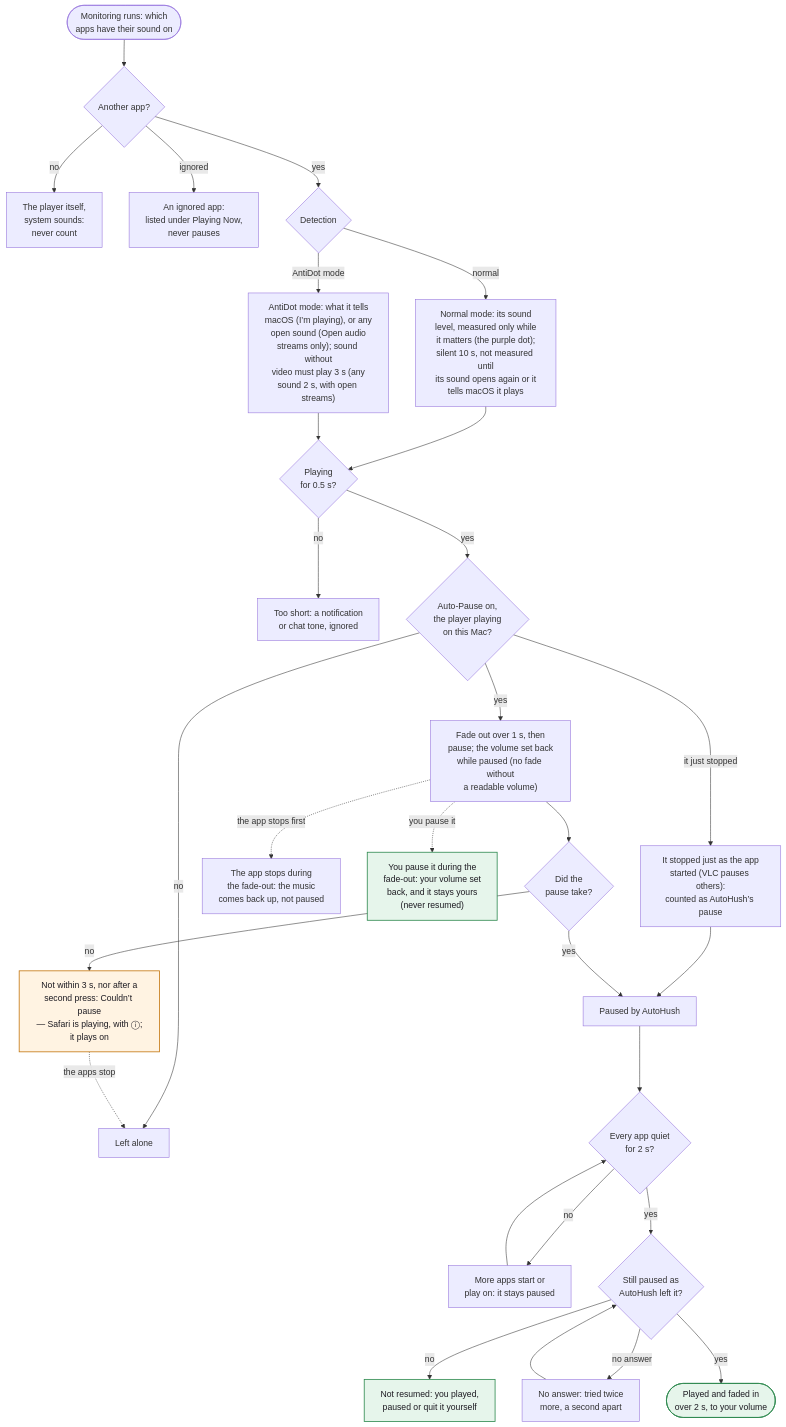
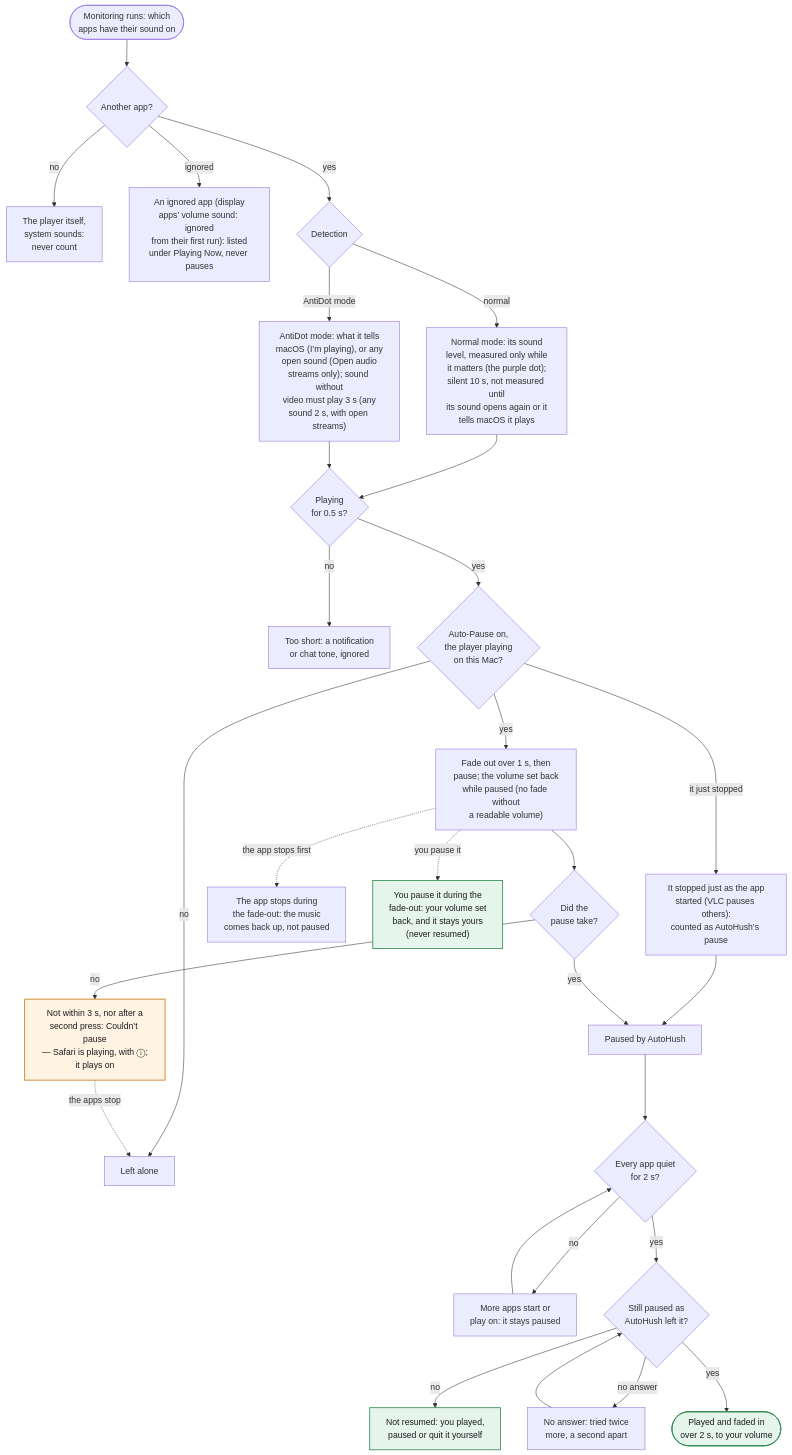
One commit to hfustercabre/AutoHush changed the third of 14 diagrams in WORKFLOWS.md. Above: the diagram before and after it, drawn with Mermaid. The commit also changed other lines of this file and 35 other files, not shown here.

First line of the commit message:
feat: Recently Played in the menu, display apps' volume sound ignored, Settings' Sound Sources page

````diff
--- a/WORKFLOWS.md
+++ b/WORKFLOWS.md
@@ -136,56 +136,56 @@
 ```mermaid
 flowchart TD
   S(["Monitoring runs: which<br/>apps have their sound on"])
   F{"Another app?"}
   OWN["The player itself,<br/>system sounds:<br/>never count"]
-  IGN["An ignored app:<br/>listed under Playing Now,<br/>never pauses"]
+  IGN["An ignored app (display<br/>apps’ volume sound: ignored<br/>from their first run): listed<br/>under Playing Now, never pauses"]
   DM{"Detection"}
   NORM["Normal mode: its sound<br/>level, measured only while<br/>it matters (the purple dot);<br/>silent 10 s, not measured until<br/>its sound opens again or it<br/>tells macOS it plays"]
   ANTI["AntiDot mode: what it tells<br/>macOS (I’m playing), or any<br/>open sound (Open audio<br/>streams only); sound without<br/>video must play 3 s (any<br/>sound 2 s, with open streams)"]
   T{"Playing<br/>for 0.5 s?"}
   TONE["Too short: a notification<br/>or chat tone, ignored"]
   AP{"Auto-Pause on,<br/>the player playing<br/>on this Mac?"}
   LEFT["Left alone"]
   TOOK["It stopped just as the app<br/>started (VLC pauses others):<br/>counted as AutoHush’s pause"]
   FO["Fade out over 1 s, then<br/>pause; the volume set back<br/>while paused (no fade without<br/>a readable volume)"]
   BACK["The app stops during<br/>the fade-out: the music<br/>comes back up, not paused"]
   YOURS["You pause it during the<br/>fade-out: your volume set<br/>back, and it stays yours<br/>(never resumed)"]
   PC{"Did the<br/>pause take?"}
   FAIL["Not within 3 s, nor after a<br/>second press: Couldn’t pause<br/>— Safari is playing, with ⓘ;<br/>it plays on"]
   PA["Paused by AutoHush"]
   Q{"Every app quiet<br/>for 2 s?"}
   MORE["More apps start or<br/>play on: it stays paused"]
   CHK{"Still paused as<br/>AutoHush left it?"}
   USER["Not resumed: you played,<br/>paused or quit it yourself"]
   RETRY["No answer: tried twice<br/>more, a second apart"]
   FI(["Played and faded in<br/>over 2 s, to your volume"])
 
   S --> F
   F -->|"no"| OWN
   F -->|"ignored"| IGN
   F -->|"yes"| DM
   DM -->|"normal"| NORM --> T
   DM -->|"AntiDot mode"| ANTI --> T
   T -->|"no"| TONE
   T -->|"yes"| AP
   AP -->|"no"| LEFT
   AP -->|"it just stopped"| TOOK --> PA
   AP -->|"yes"| FO
   FO -.->|"the app stops first"| BACK
   FO -.->|"you pause it"| YOURS
   FO --> PC
   PC -->|"no"| FAIL
   PC -->|"yes"| PA
   FAIL -.->|"the apps stop"| LEFT
   PA --> Q
   Q -->|"no"| MORE --> Q
   Q -->|"yes"| CHK
   CHK -->|"no"| USER
   CHK -->|"no answer"| RETRY --> CHK
   CHK -->|"yes"| FI
 
   class FAIL warn
   class FI,USER,YOURS done
   classDef warn fill:#fff3e2,stroke:#c47812,stroke-width:1.5px,color:#1d1b22
   classDef done fill:#e6f5eb,stroke:#2f8a50,stroke-width:1.5px,color:#1d1b22
 ```
````
